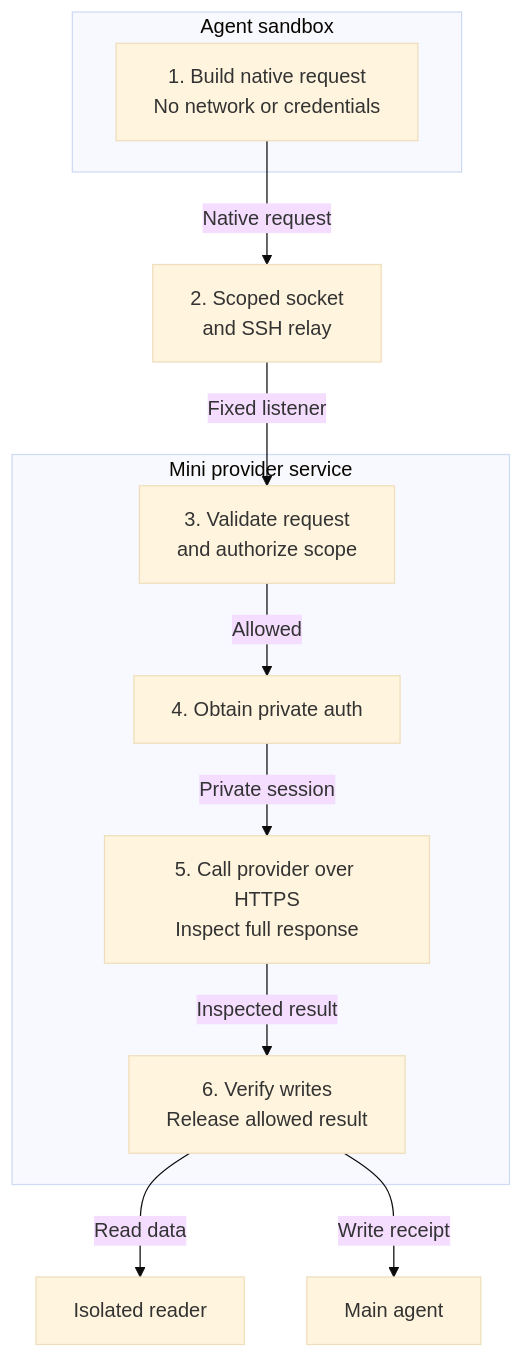
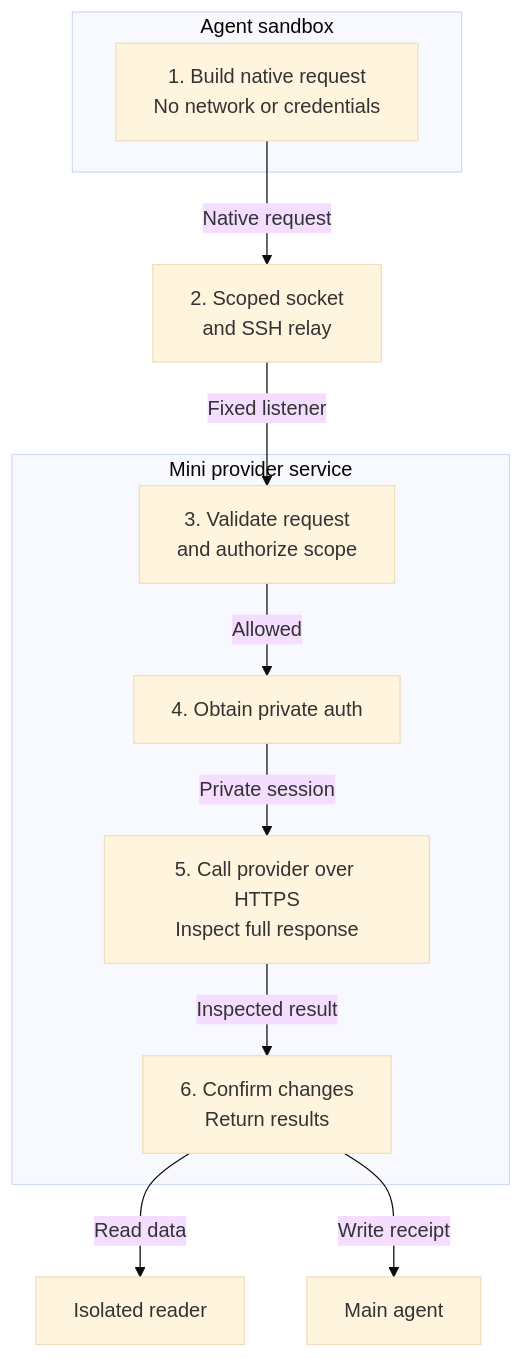
Before and after one commit to coletaylor788/puddles: the first of 2 diagrams in docs/plans/031-rocket-money-integration.md, drawn with Mermaid (base theme). The commit also changed other lines of this file, not shown here.

Commit message:
docs: clarify gateway results with reimbursement examples

````diff
--- a/docs/plans/031-rocket-money-integration.md
+++ b/docs/plans/031-rocket-money-integration.md
@@ -13,22 +13,22 @@
 ```mermaid
 flowchart TB
     subgraph Sandbox["Agent sandbox"]
         CLI["1. Build native request<br/>No network or credentials"]
     end
     Bridge["2. Scoped socket<br/>and SSH relay"]
     subgraph Mini["Mini provider service"]
         Validate["3. Validate request<br/>and authorize scope"]
         Auth["4. Obtain private auth"]
         Execute["5. Call provider over HTTPS<br/>Inspect full response"]
-        Release["6. Verify writes<br/>Release allowed result"]
+        Release["6. Confirm changes<br/>Return results"]
     end
     Reader["Isolated reader"]
     Main["Main agent"]
     CLI -->|"Native request"| Bridge
     Bridge -->|"Fixed listener"| Validate
     Validate -->|"Allowed"| Auth
     Auth -->|"Private session"| Execute
     Execute -->|"Inspected result"| Release
     Release -->|"Read data"| Reader
     Release -->|"Write receipt"| Main
 ```
````
